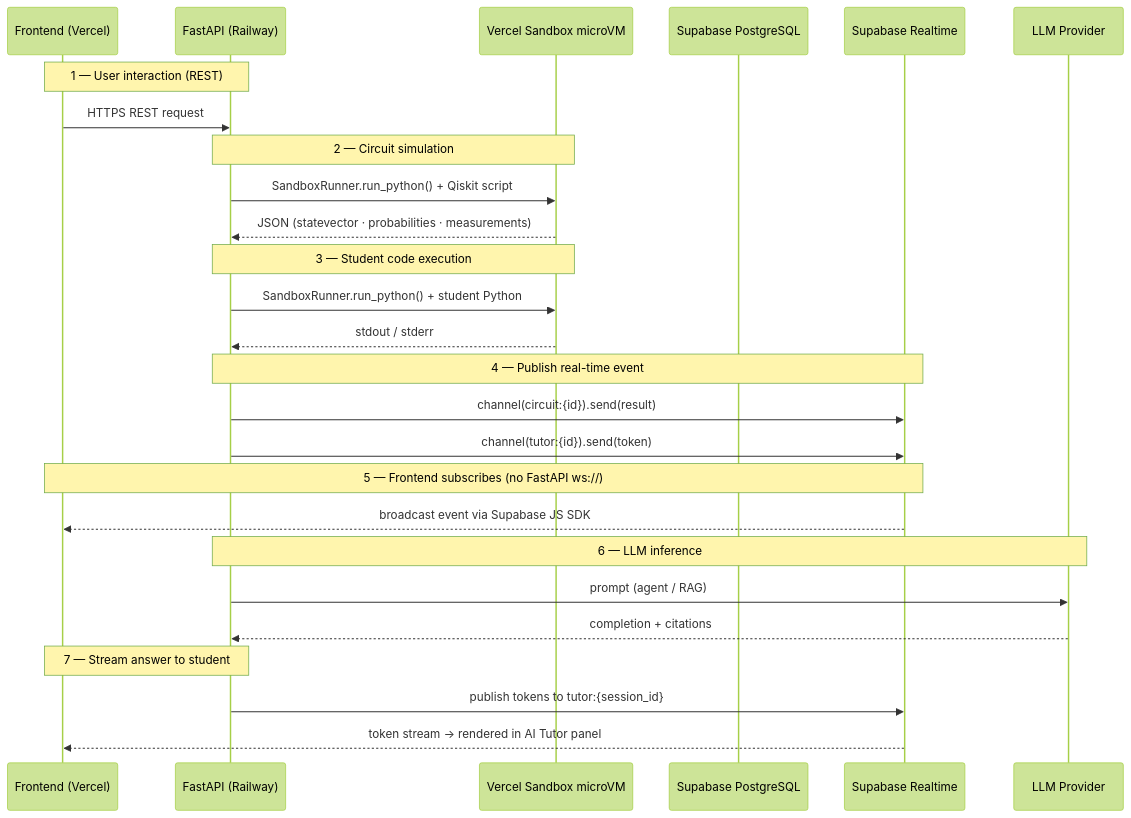
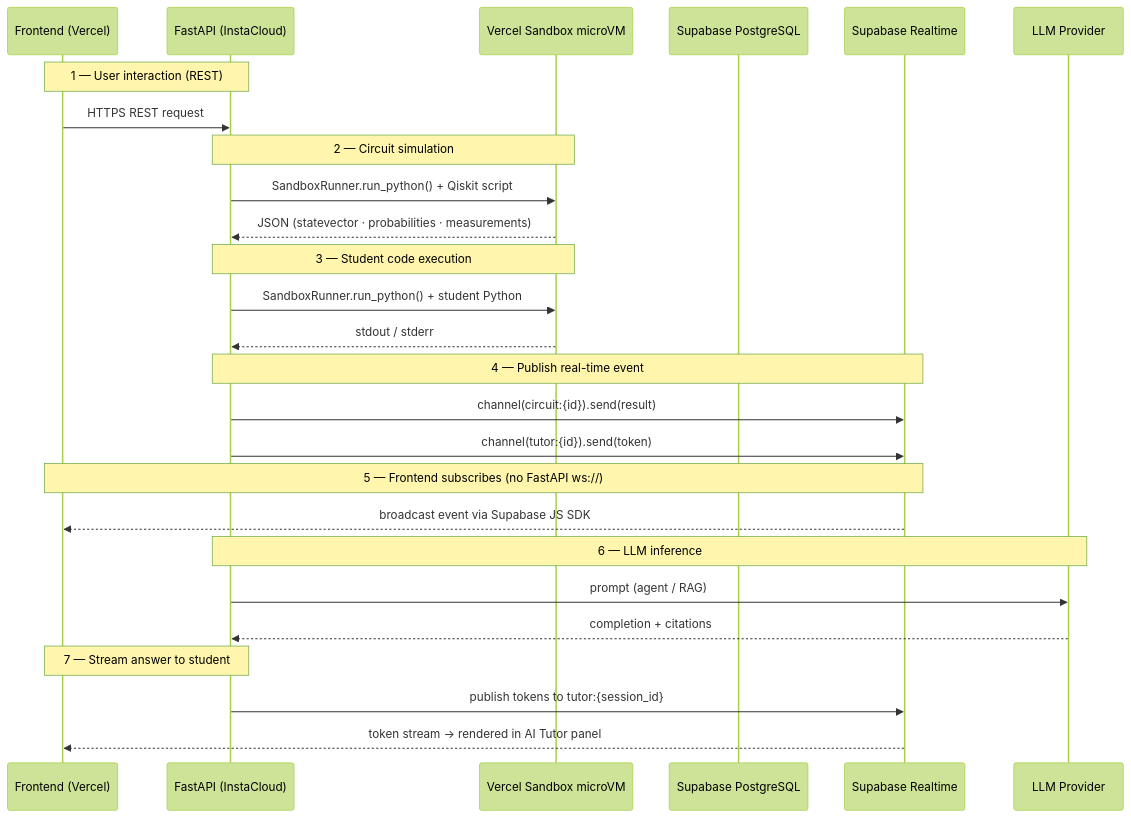
One commit to qphase-ai/Q-Learn changed the first of 2 diagrams in docs/data-flow.md. Above: the diagram before and after it, drawn with Mermaid (forest theme). The commit also changed 17 other files, not shown here.

First line of the commit message:
docs: move backend hosting from Railway to InstaCloud

````diff
--- a/docs/data-flow.md
+++ b/docs/data-flow.md
@@ -5,35 +5,35 @@
 ```mermaid
 sequenceDiagram
     participant FE as Frontend (Vercel)
-    participant API as FastAPI (Railway)
+    participant API as FastAPI (InstaCloud)
     participant VM as Vercel Sandbox microVM
     participant DB as Supabase PostgreSQL
     participant RT as Supabase Realtime
     participant LLM as LLM Provider
 
     Note over FE,API: 1 — User interaction (REST)
     FE->>API: HTTPS REST request
 
     Note over API,VM: 2 — Circuit simulation
     API->>VM: SandboxRunner.run_python() + Qiskit script
     VM-->>API: JSON (statevector · probabilities · measurements)
 
     Note over API,VM: 3 — Student code execution
     API->>VM: SandboxRunner.run_python() + student Python
     VM-->>API: stdout / stderr
 
     Note over API,RT: 4 — Publish real-time event
     API->>RT: channel(circuit:{id}).send(result)
     API->>RT: channel(tutor:{id}).send(token)
 
     Note over RT,FE: 5 — Frontend subscribes (no FastAPI ws://)
     RT-->>FE: broadcast event via Supabase JS SDK
 
     Note over API,LLM: 6 — LLM inference
     API->>LLM: prompt (agent / RAG)
     LLM-->>API: completion + citations
 
     Note over API,FE: 7 — Stream answer to student
     API->>RT: publish tokens to tutor:{session_id}
     RT-->>FE: token stream → rendered in AI Tutor panel
 ```
````
